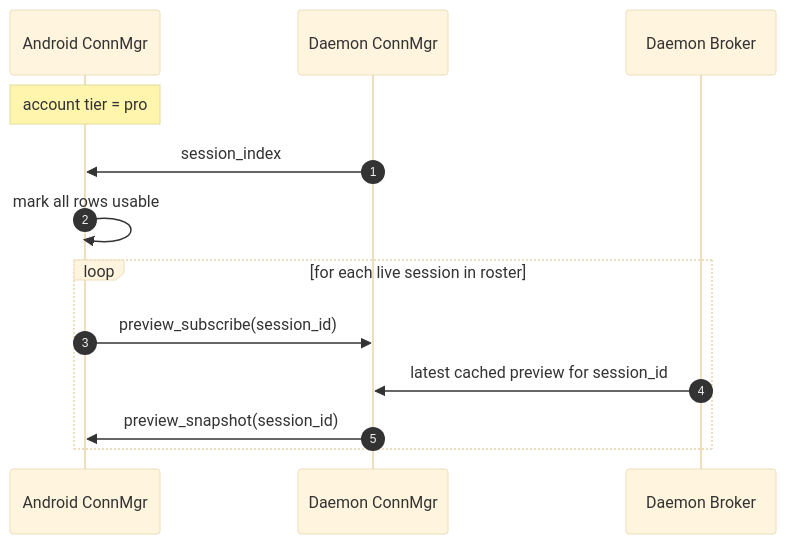
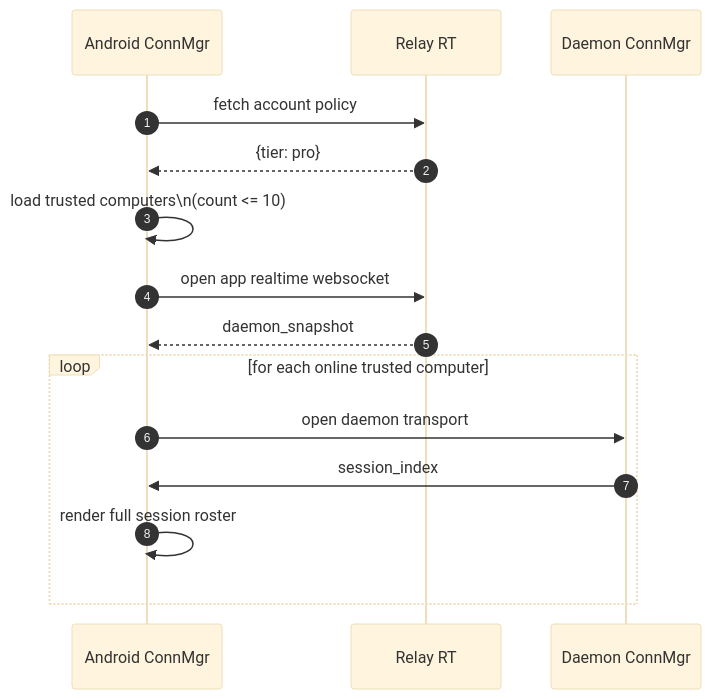
One commit to yuanbohan/agent-tunnel changed the seventh of 9 diagrams in docs/connectivity/reference/sequence-flows.md. Above: the diagram before and after it, drawn with Mermaid (base theme). The commit also changed other lines of this file and 23 other files, not shown here.

Commit message:
refactor: simplify free/pro tier

````diff
--- a/docs/connectivity/reference/sequence-flows.md
+++ b/docs/connectivity/reference/sequence-flows.md
@@ -275,18 +314,19 @@
 ```mermaid
 sequenceDiagram
     autonumber
     participant AndroidConn as Android ConnMgr
+    participant RelayRT as Relay RT
     participant DaemonConn as Daemon ConnMgr
-    participant DaemonBroker as Daemon Broker
 
-    Note over AndroidConn: account tier = pro
+    AndroidConn->>RelayRT: fetch account policy
+    RelayRT-->>AndroidConn: {tier: pro}
+    AndroidConn->>AndroidConn: load trusted computers\n(count <= 10)
+    AndroidConn->>RelayRT: open app realtime websocket
+    RelayRT-->>AndroidConn: daemon_snapshot
 
-    DaemonConn->>AndroidConn: session_index
-    AndroidConn->>AndroidConn: mark all rows usable
-
-    loop for each live session in roster
-        AndroidConn->>DaemonConn: preview_subscribe(session_id)
-        DaemonBroker->>DaemonConn: latest cached preview for session_id
-        DaemonConn->>AndroidConn: preview_snapshot(session_id)
+    loop for each online trusted computer
+        AndroidConn->>DaemonConn: open daemon transport
+        DaemonConn->>AndroidConn: session_index
+        AndroidConn->>AndroidConn: render full session roster
     end
 ```
````
